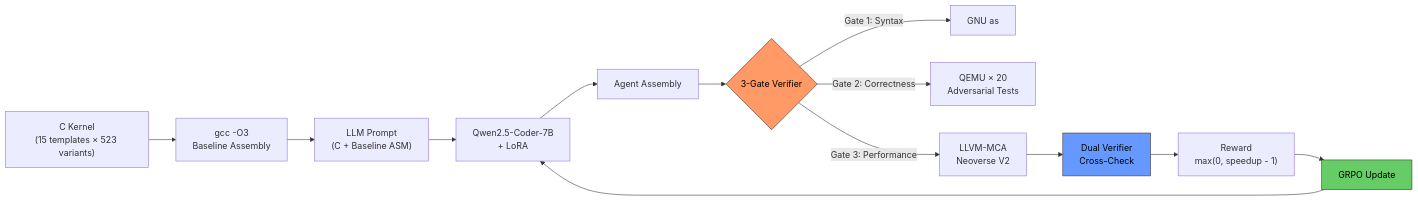
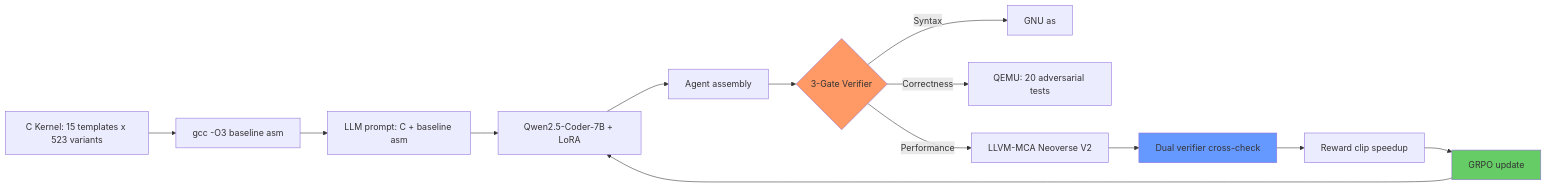
The first of 2 diagrams in blog.md (ka-ori/arm-gym), drawn with Mermaid before and after one commit. The commit also changed other lines of this file and 1 other file, not shown here.

Commit message:
docs: fix Mermaid diagrams for HF/GitHub (graph LR, ASCII labels)
- Replace flowchart/HTML breaks/unicode that break Hub renderer
- Simplify edge labels and style lines for older Mermaid embeds

Made-with: Cursor

````diff
--- a/blog.md
+++ b/blog.md
@@ -100,19 +100,18 @@
 ```mermaid
-flowchart LR
-    A["C Kernel<br/>(15 templates × 523 variants)"] --> B["gcc -O3<br/>Baseline Assembly"]
-    B --> C["LLM Prompt<br/>(C + Baseline ASM)"]
-    C --> D["Qwen2.5-Coder-7B<br/>+ LoRA"]
-    D --> E["Agent Assembly"]
+graph LR
+    A["C Kernel: 15 templates x 523 variants"] --> B["gcc -O3 baseline asm"]
+    B --> C["LLM prompt: C + baseline asm"]
+    C --> D["Qwen2.5-Coder-7B + LoRA"]
+    D --> E["Agent assembly"]
     E --> F{"3-Gate Verifier"}
-    F -->|"Gate 1: Syntax"| G["GNU as"]
-    F -->|"Gate 2: Correctness"| H["QEMU × 20<br/>Adversarial Tests"]
-    F -->|"Gate 3: Performance"| I["LLVM-MCA<br/>Neoverse V2"]
-    I --> J["Dual Verifier<br/>Cross-Check"]
-    J --> K["Reward<br/>max(0, speedup - 1)"]
-    K --> L["GRPO Update"]
+    F -->|Syntax| G["GNU as"]
+    F -->|Correctness| H["QEMU: 20 adversarial tests"]
+    F -->|Performance| I["LLVM-MCA Neoverse V2"]
+    I --> J["Dual verifier cross-check"]
+    J --> K["Reward clip speedup"]
+    K --> L["GRPO update"]
     L --> D
-
-    style F fill:#f96,stroke:#333,color:#000
-    style J fill:#69f,stroke:#333,color:#000
-    style L fill:#6c6,stroke:#333,color:#000
+    style F fill:#ff9966
+    style J fill:#6699ff
+    style L fill:#66cc66
 ```
````
